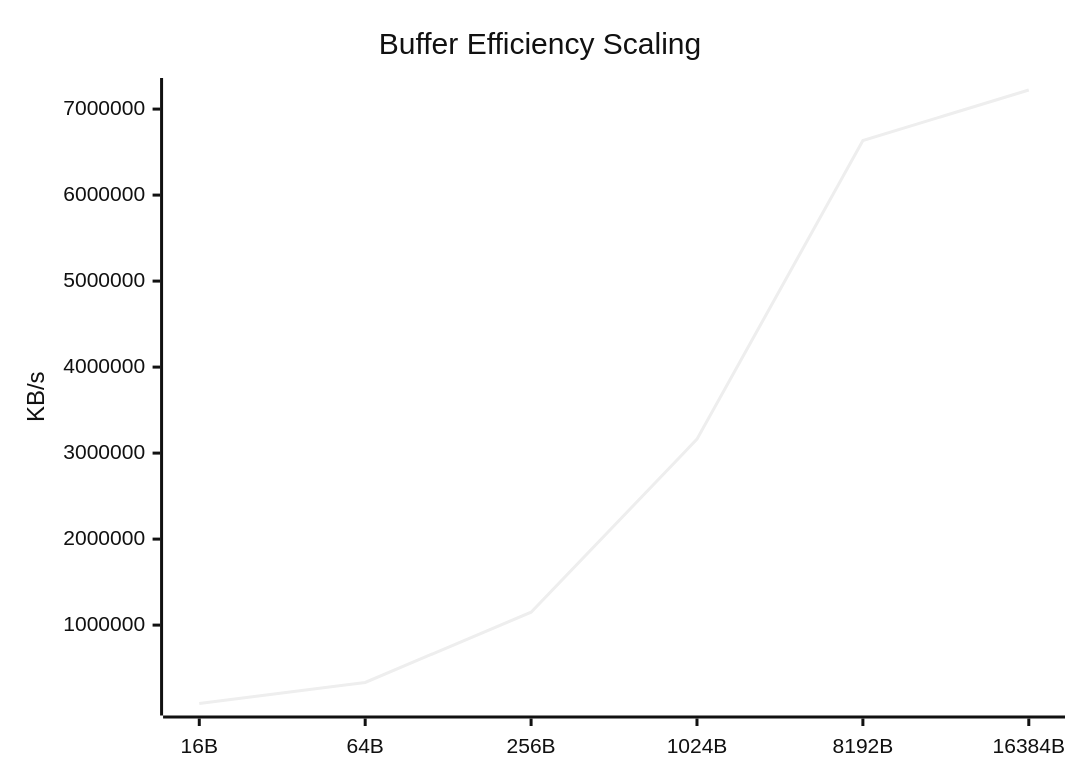
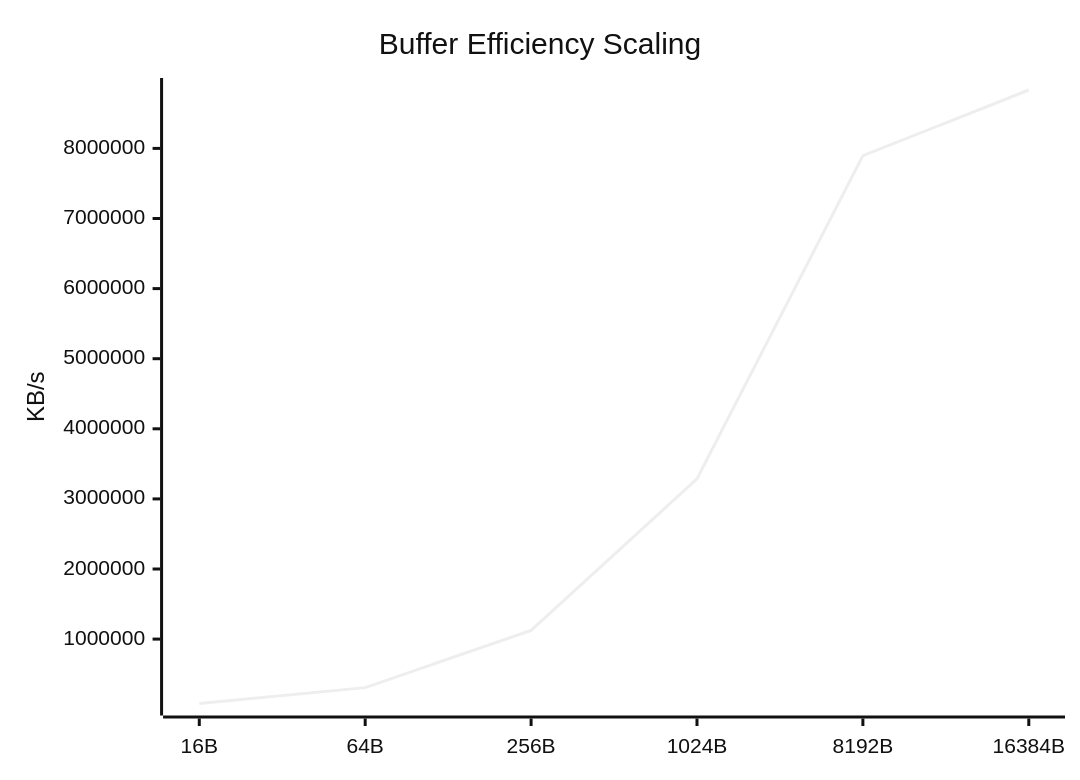
The sixth of 9 diagrams in docs/Comparison_Report.md (taha2samy/openssl_fips), drawn with Mermaid (neutral theme) before and after one commit. The commit also changed other lines of this file and 2 other files, not shown here.

````diff
--- a/docs/Comparison_Report.md
+++ b/docs/Comparison_Report.md
@@ -102,7 +102,7 @@
 ```mermaid
 xychart-beta
     title "Buffer Efficiency Scaling"
     x-axis [16B, 64B, 256B, 1024B, 8192B, 16384B]
     y-axis "KB/s"
-    line [88491.1, 333338.94, 1149814.14, 3162371.58, 6633406.46, 7221968.9]
+    line [81392.35, 307822.72, 1124123.52, 3286054.4, 7896596.48, 8833138.69]
 ```
````
